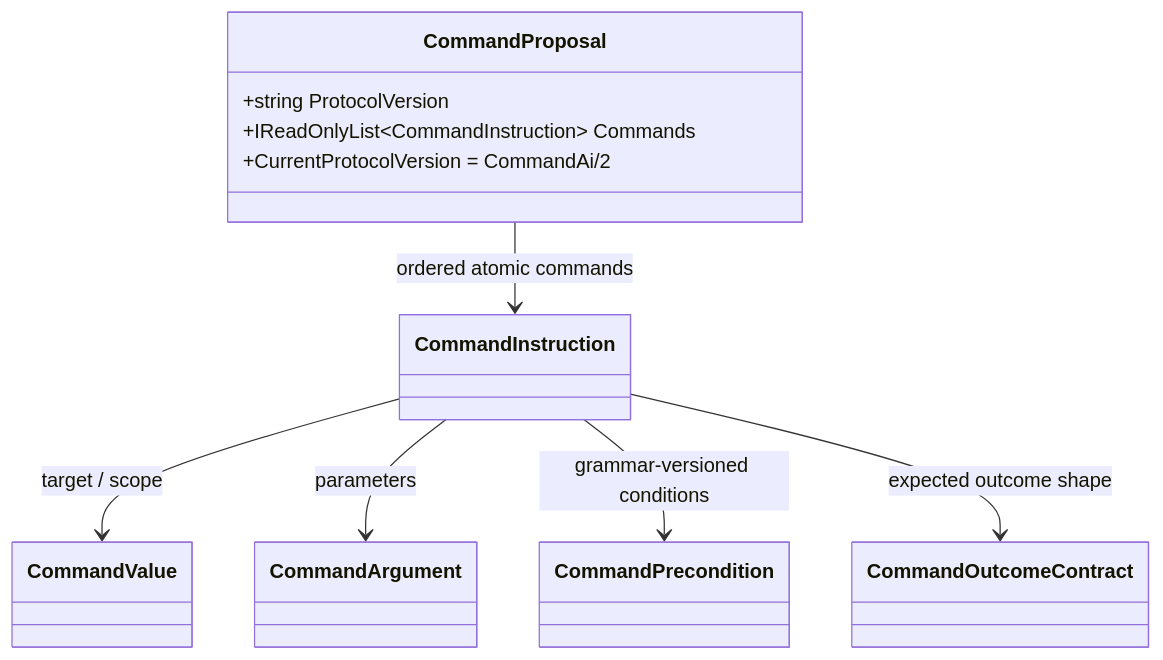
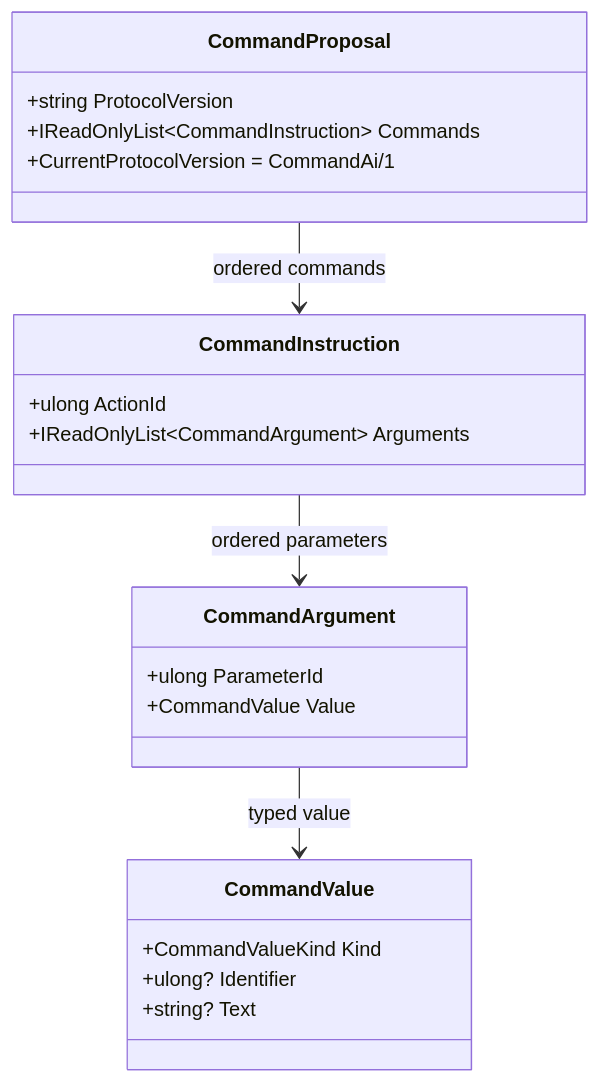
Before and after one commit to TrentBest/TheSingularityWorkshop.CommandAi: the diagram in docs/UML/CommandProposalUML.md, drawn with Mermaid. The commit also changed other lines of this file, not shown here.

Commit message:
docs: correct CommandProposal UML to v1 model

```diff
--- a/docs/UML/CommandProposalUML.md
+++ b/docs/UML/CommandProposalUML.md
@@ -10,13 +10,24 @@
 ~~~mermaid
 classDiagram
   class CommandProposal {
     +string ProtocolVersion
     +IReadOnlyList~CommandInstruction~ Commands
-    +CurrentProtocolVersion = CommandAi/2
+    +CurrentProtocolVersion = CommandAi/1
   }
-  CommandProposal --> CommandInstruction : ordered atomic commands
-  CommandInstruction --> CommandValue : target / scope
-  CommandInstruction --> CommandArgument : parameters
-  CommandInstruction --> CommandPrecondition : grammar-versioned conditions
-  CommandInstruction --> CommandOutcomeContract : expected outcome shape
+  class CommandInstruction {
+    +ulong ActionId
+    +IReadOnlyList~CommandArgument~ Arguments
+  }
+  class CommandArgument {
+    +ulong ParameterId
+    +CommandValue Value
+  }
+  class CommandValue {
+    +CommandValueKind Kind
+    +ulong? Identifier
+    +string? Text
+  }
+  CommandProposal --> CommandInstruction : ordered commands
+  CommandInstruction --> CommandArgument : ordered parameters
+  CommandArgument --> CommandValue : typed value
 ~~~
```
